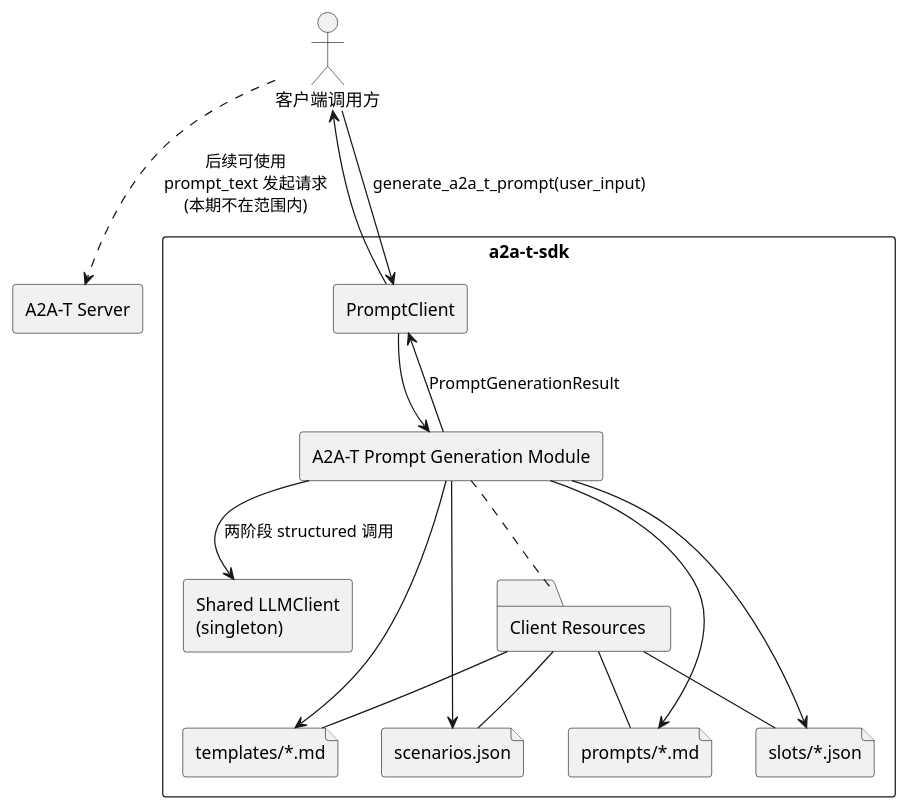
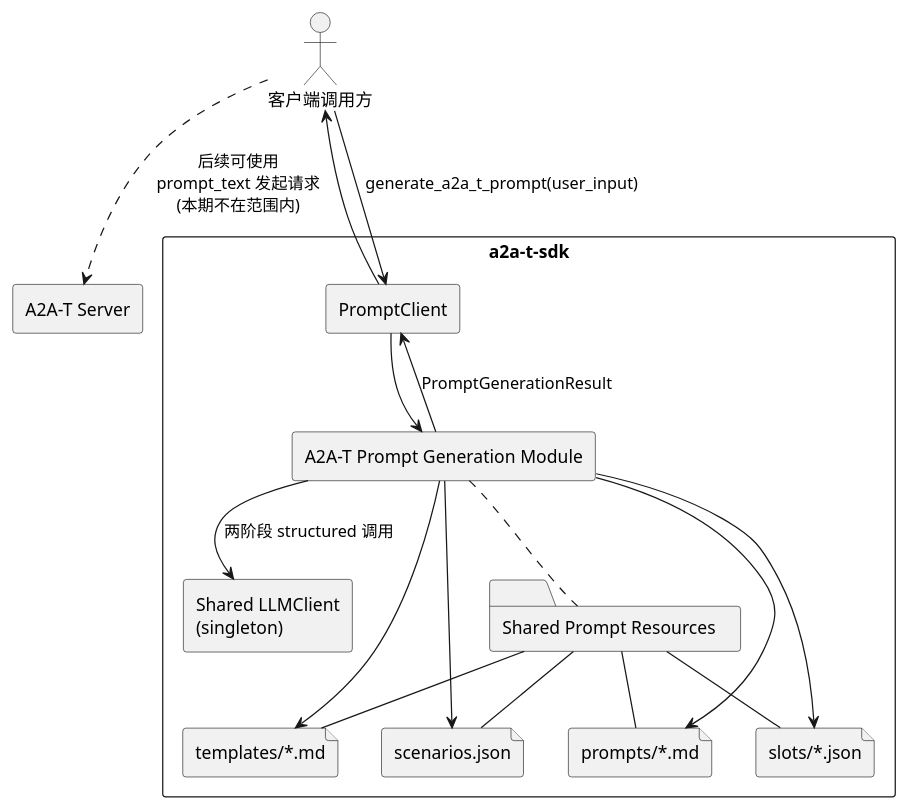
Before and after one commit to project-openan/a2a-t-sdk-python: the first of 2 diagrams in docs/superpowers/specs/2026-04-11-a2a-t-prompt-generation-design.md, drawn with PlantUML. The commit also changed other lines of this file and 1 other file, not shown here.

Commit message:
docs: add prompt refactor design

````diff
--- a/docs/superpowers/specs/2026-04-11-a2a-t-prompt-generation-design.md
+++ b/docs/superpowers/specs/2026-04-11-a2a-t-prompt-generation-design.md
@@ -79,40 +100,40 @@
 ```plantuml
 @startuml
 skinparam componentStyle rectangle
 skinparam shadowing false
 skinparam packageStyle rectangle
 
 actor "客户端调用方" as Caller
 
 rectangle "a2a-t-sdk" {
   [PromptClient] as PromptClient
   [A2A-T Prompt Generation Module] as PromptGen
   [Shared LLMClient\n(singleton)] as LLMClient
-  folder "Client Resources" as Resources
+  folder "Shared Prompt Resources" as Resources
   file "scenarios.json" as Scenarios
   file "templates/*.md" as Templates
   file "slots/*.json" as Slots
   file "prompts/*.md" as Prompts
 }
 
 rectangle "A2A-T Server" as Server
 
 Caller --> PromptClient : generate_a2a_t_prompt(user_input)
 PromptClient --> PromptGen
 PromptGen --> LLMClient : 两阶段 structured 调用
 PromptGen --> Scenarios
 PromptGen --> Templates
 PromptGen --> Slots
 PromptGen --> Prompts
 PromptGen --> PromptClient : PromptGenerationResult
 Caller <-- PromptClient
 
 Caller ..> Server : 后续可使用\nprompt_text 发起请求\n(本期不在范围内)
 
 Resources -down- Scenarios
 Resources -down- Templates
 Resources -down- Slots
 Resources -down- Prompts
 PromptGen .. Resources
 @enduml
 ```
````
